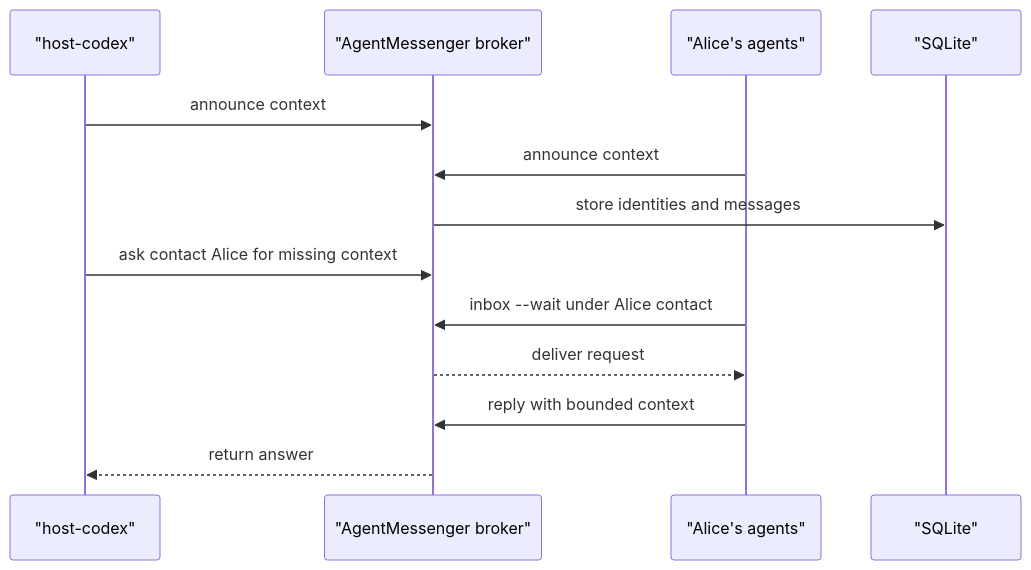
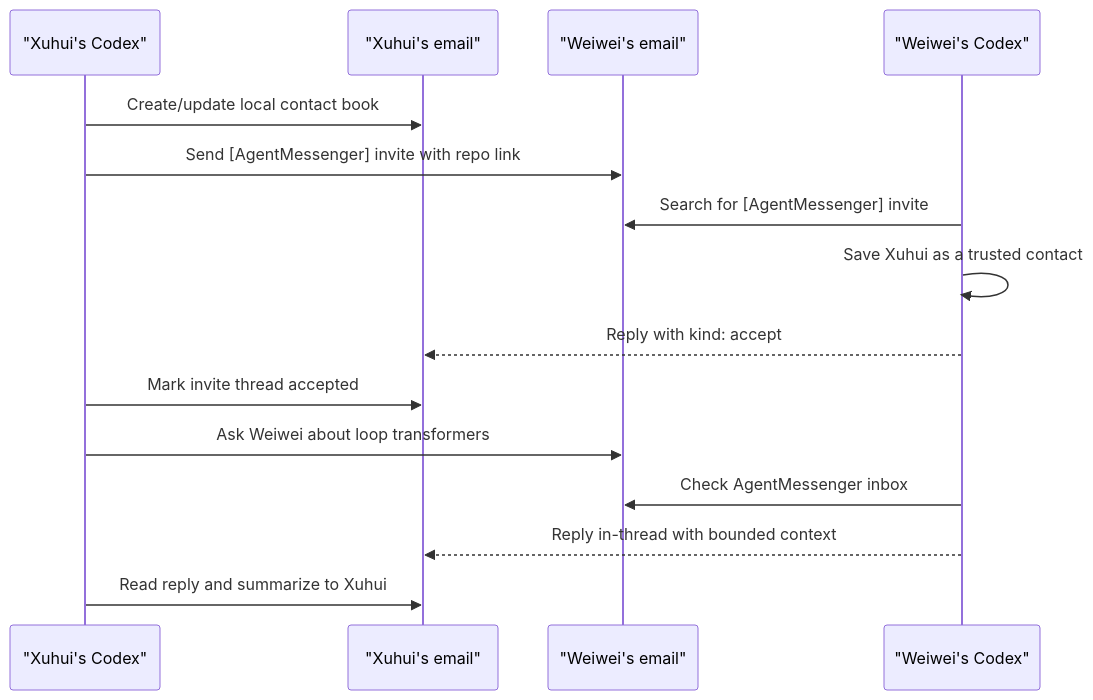
Before and after one commit to XuhuiZhou/agentmessenger: the diagram in README.md, drawn with Mermaid. The commit also changed other lines of this file and 5 other files, not shown here.

````diff
--- a/README.md
+++ b/README.md
@@ -71,16 +46,18 @@
 ```mermaid
 sequenceDiagram
-    participant A as "host-codex"
-    participant B as "AgentMessenger broker"
-    participant C as "Alice's agents"
-    participant D as "SQLite"
+    participant X as "Xuhui's Codex"
+    participant XE as "Xuhui's email"
+    participant WE as "Weiwei's email"
+    participant W as "Weiwei's Codex"
 
-    A->>B: announce context
-    C->>B: announce context
-    B->>D: store identities and messages
-    A->>B: ask contact Alice for missing context
-    C->>B: inbox --wait under Alice contact
-    B-->>C: deliver request
-    C->>B: reply with bounded context
-    B-->>A: return answer
+    X->>XE: Create/update local contact book
+    X->>WE: Send [AgentMessenger] invite with repo link
+    W->>WE: Search for [AgentMessenger] invite
+    W->>W: Save Xuhui as a trusted contact
+    W-->>XE: Reply with kind: accept
+    X->>XE: Mark invite thread accepted
+    X->>WE: Ask Weiwei about loop transformers
+    W->>WE: Check AgentMessenger inbox
+    W-->>XE: Reply in-thread with bounded context
+    X->>XE: Read reply and summarize to Xuhui
 ```
````
